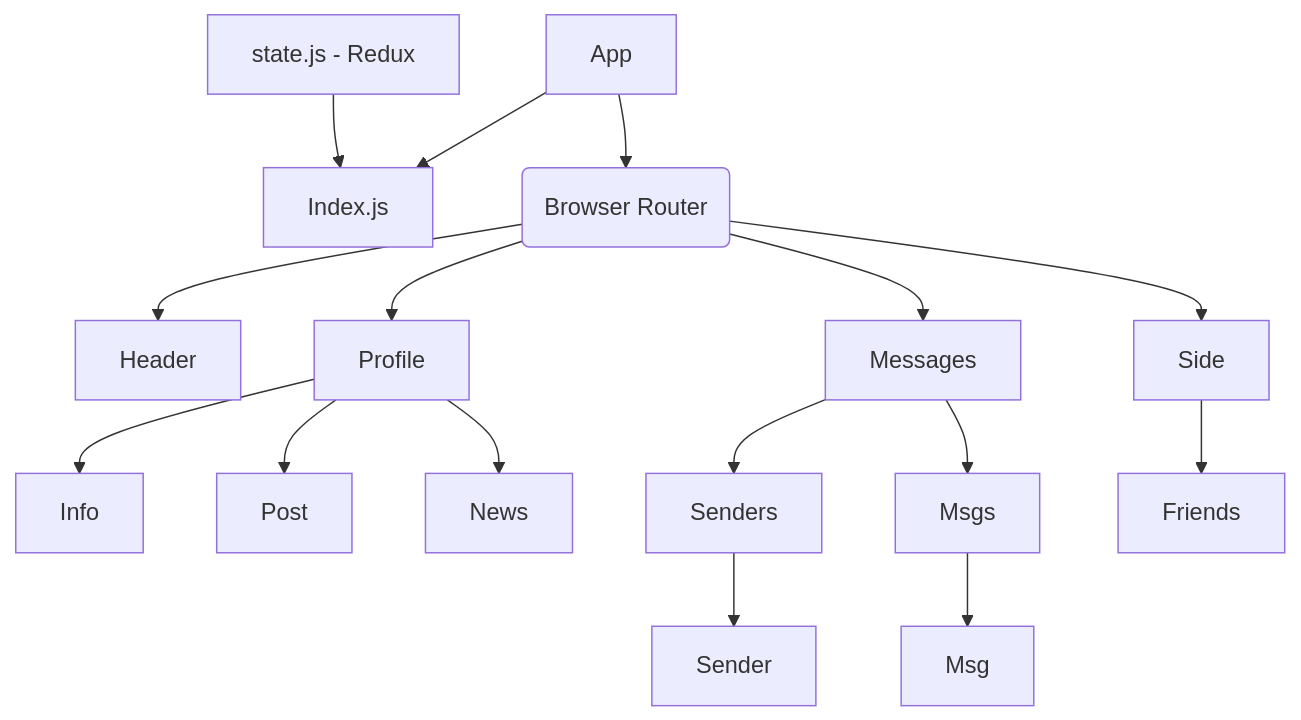
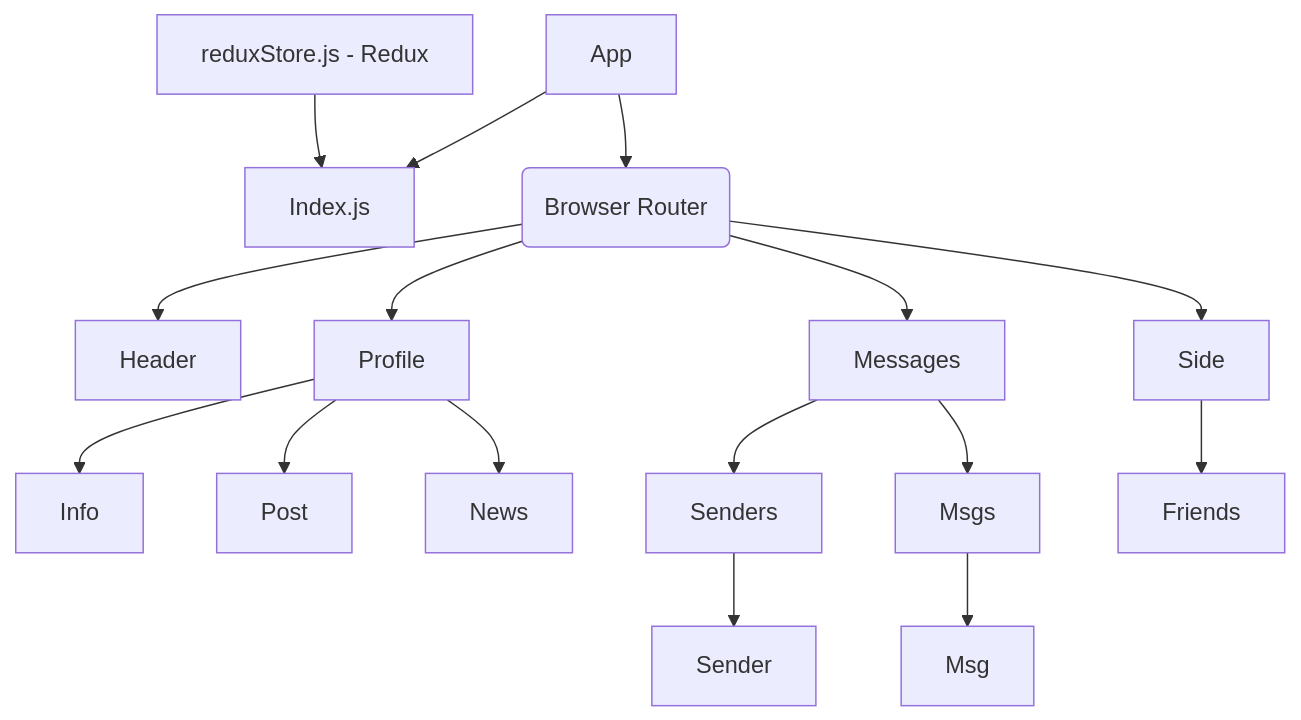
The diagram in my-app/README.md (anna1luna/react_redux), drawn with Mermaid before and after one commit.

````diff
--- a/my-app/README.md
+++ b/my-app/README.md
@@ -1,19 +1,19 @@
 ```mermaid
 flowchart TD;
-00[state.js - Redux]
+00[reduxStore.js - Redux]
     00-->0[Index.js]
     A[App] -->0
 A[App] -->B(Browser Router);
 B --> D[Header];
 B -->E[Side];
 B -->F[Profile];
 B -->G[Messages];
 F -->F1[Info];
 F -->F2[Post];
 F -->F3[News];
 G -->G1[Senders];
 G -->G2[Msgs];
 G1-->G1_1[Sender];
 G2-->G2_2[Msg];
 E -->E1[Friends]
 ```
````
